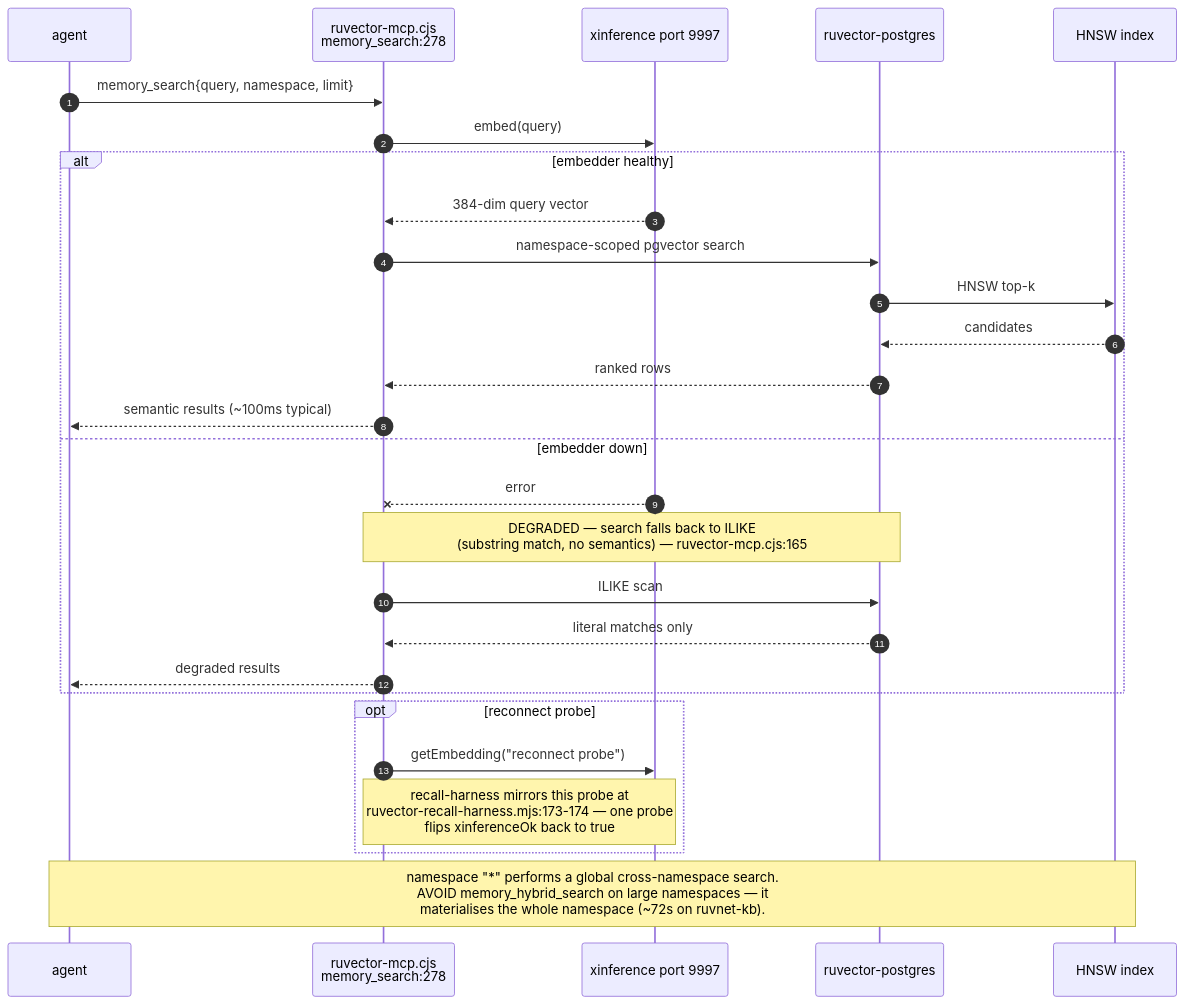
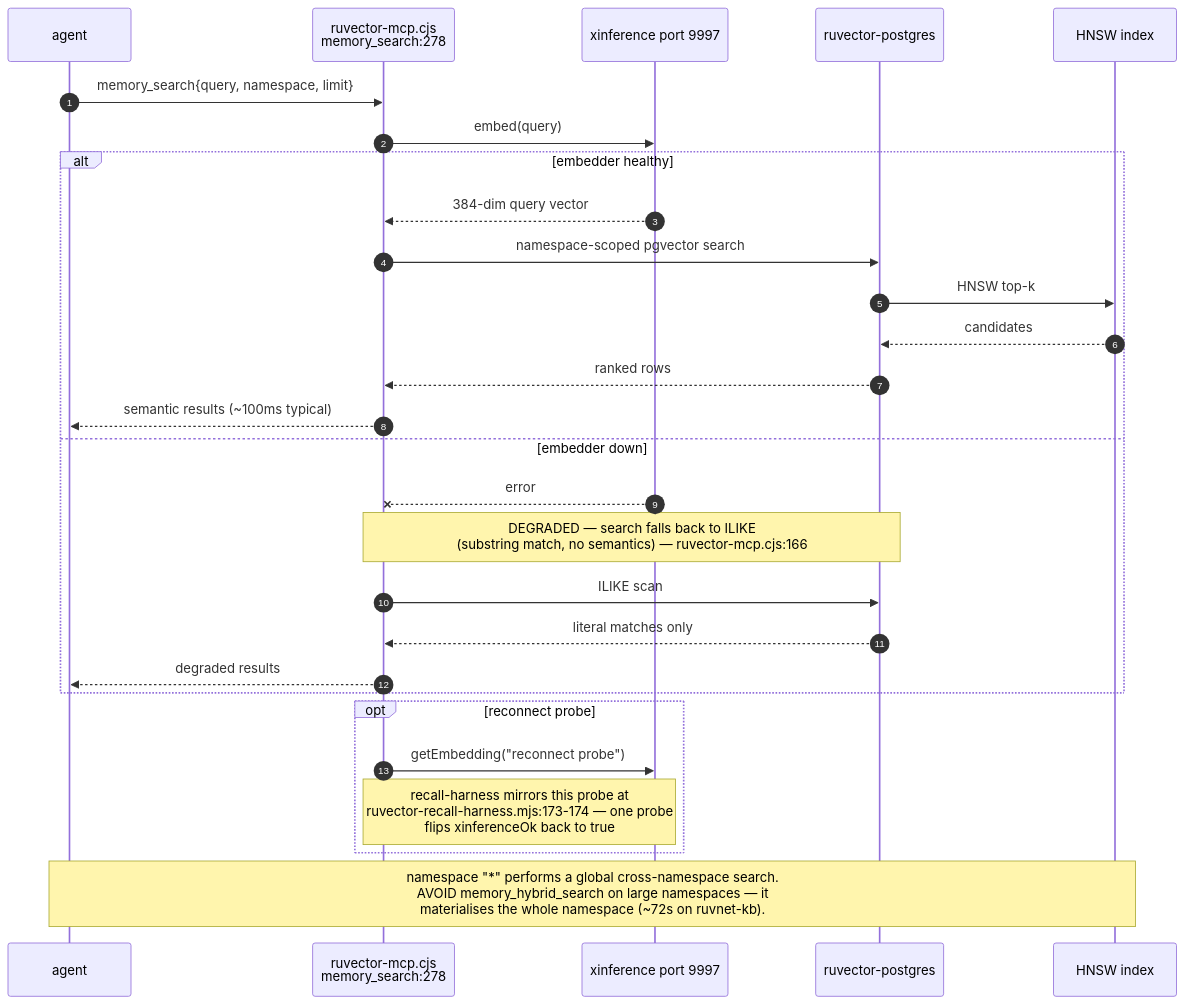
One commit to DreamLab-AI/VisionFlow changed the third of 10 diagrams in docs/diagrams/estate/07-memory-and-embedding-estate.md. Above: the diagram before and after it, drawn with Mermaid. The commit also changed other lines of this file and 12 other files, not shown here.

````diff
--- a/docs/diagrams/estate/07-memory-and-embedding-estate.md
+++ b/docs/diagrams/estate/07-memory-and-embedding-estate.md
@@ -100,31 +100,31 @@
 ```mermaid
 sequenceDiagram
     autonumber
     participant A as agent
     participant M as ruvector-mcp.cjs<br/>memory_search:278
     participant X as xinference port 9997
     participant P as ruvector-postgres
     participant H as HNSW index
 
     A->>M: memory_search{query, namespace, limit}
     M->>X: embed(query)
     alt embedder healthy
         X-->>M: 384-dim query vector
         M->>P: namespace-scoped pgvector search
         P->>H: HNSW top-k
         H-->>P: candidates
         P-->>M: ranked rows
         M-->>A: semantic results (~100ms typical)
     else embedder down
         X--xM: error
-        Note over M,P: DEGRADED — search falls back to ILIKE<br/>(substring match, no semantics) — ruvector-mcp.cjs:165
+        Note over M,P: DEGRADED — search falls back to ILIKE<br/>(substring match, no semantics) — ruvector-mcp.cjs:166
         M->>P: ILIKE scan
         P-->>M: literal matches only
         M-->>A: degraded results
     end
     opt reconnect probe
         M->>X: getEmbedding("reconnect probe")
         Note over M,X: recall-harness mirrors this probe at<br/>ruvector-recall-harness.mjs:173-174 — one probe<br/>flips xinferenceOk back to true
     end
     Note over A,H: namespace "*" performs a global cross-namespace search.<br/>AVOID memory_hybrid_search on large namespaces — it<br/>materialises the whole namespace (~72s on ruvnet-kb).
 ```
````
